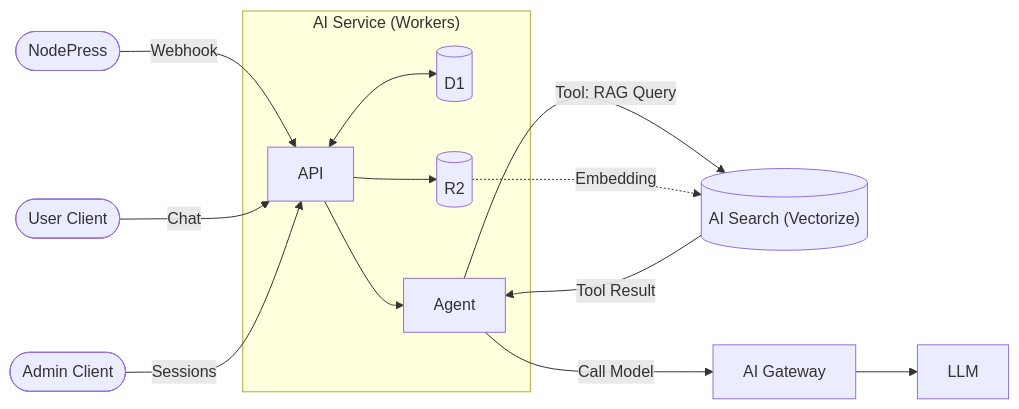
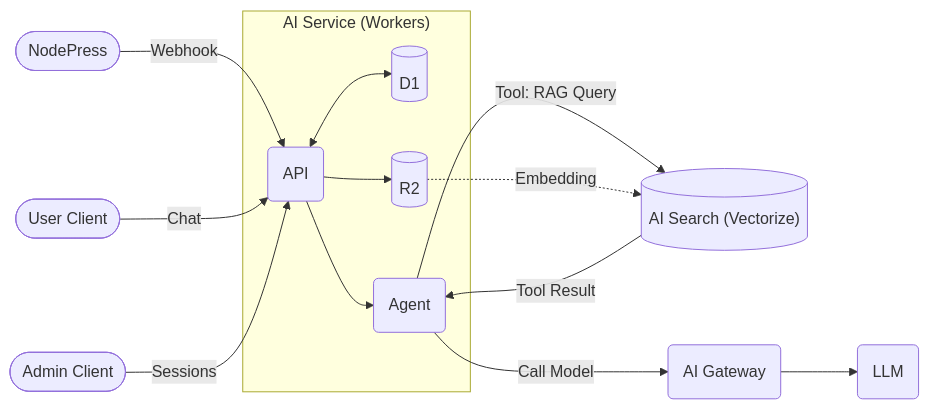
One commit to surmon-china/surmon.me.ai changed the first of 4 diagrams in ARCHITECTURE.zh-CN.md. Above: the diagram before and after it, drawn with Mermaid. The commit also changed other lines of this file, not shown here.

````diff
--- a/ARCHITECTURE.zh-CN.md
+++ b/ARCHITECTURE.zh-CN.md
@@ -13,18 +13,18 @@
 ```mermaid
 flowchart LR
-    NodePress(["NodePress"]) --> |"Webhook"| API
+    NodePress(["NodePress"]) --> |"Webhook"| API("API")
     User(["User Client"]) --> |"Chat"| API
     Admin(["Admin Client"]) --> |"Sessions"| API
 
     subgraph AIService ["AI Service (Workers)"]
         API <--> D1[("D1")]
-        API --> Agent
+        API --> Agent("Agent")
         API --> R2[("R2")]
     end
 
     Agent --> |"Tool: RAG Query"| AISearch[("AI Search (Vectorize)")]
-    Agent --> |"Call Model"| Gateway["AI Gateway"]
+    Agent --> |"Call Model"| Gateway("AI Gateway")
     R2 -.-> |"Embedding"| AISearch
     AISearch --> |"Tool Result"| Agent
-    Gateway --> LLM
+    Gateway --> LLM("LLM")
 ```
````
